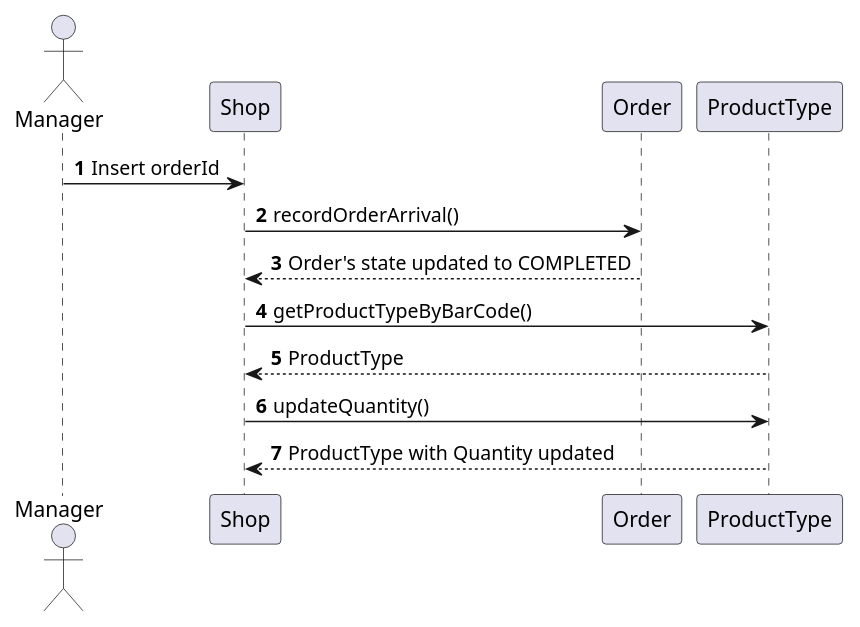
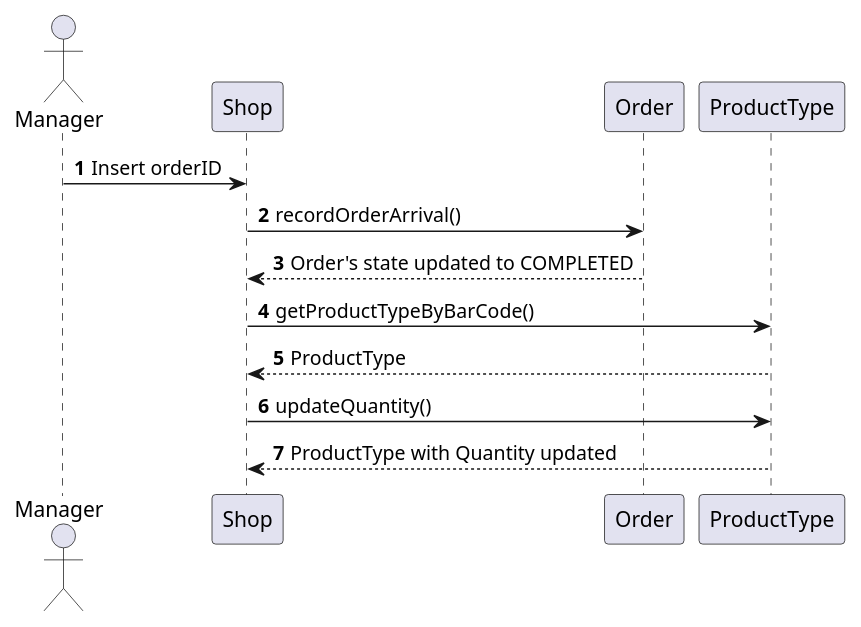
The tenth of 17 diagrams in Deliverables/DesignDocument.md (b3xul/ezshop), drawn with PlantUML before and after one commit. The commit also changed other lines of this file and 3 other files, not shown here.

````diff
--- a/Deliverables/DesignDocument.md
+++ b/Deliverables/DesignDocument.md
@@ -414,18 +403,18 @@
 ```plantuml
 @startuml
 
 actor Manager
 participant Shop
 participant Order
 
 autonumber 
-Manager -> Shop: Insert orderId
+Manager -> Shop: Insert orderID
 Shop -> Order: recordOrderArrival()
 Order --> Shop: Order's state updated to COMPLETED
 Shop -> ProductType: getProductTypeByBarCode()
 ProductType --> Shop: ProductType
 Shop -> ProductType: updateQuantity()
 ProductType --> Shop: ProductType with Quantity updated
 
 @enduml
 ```
````
